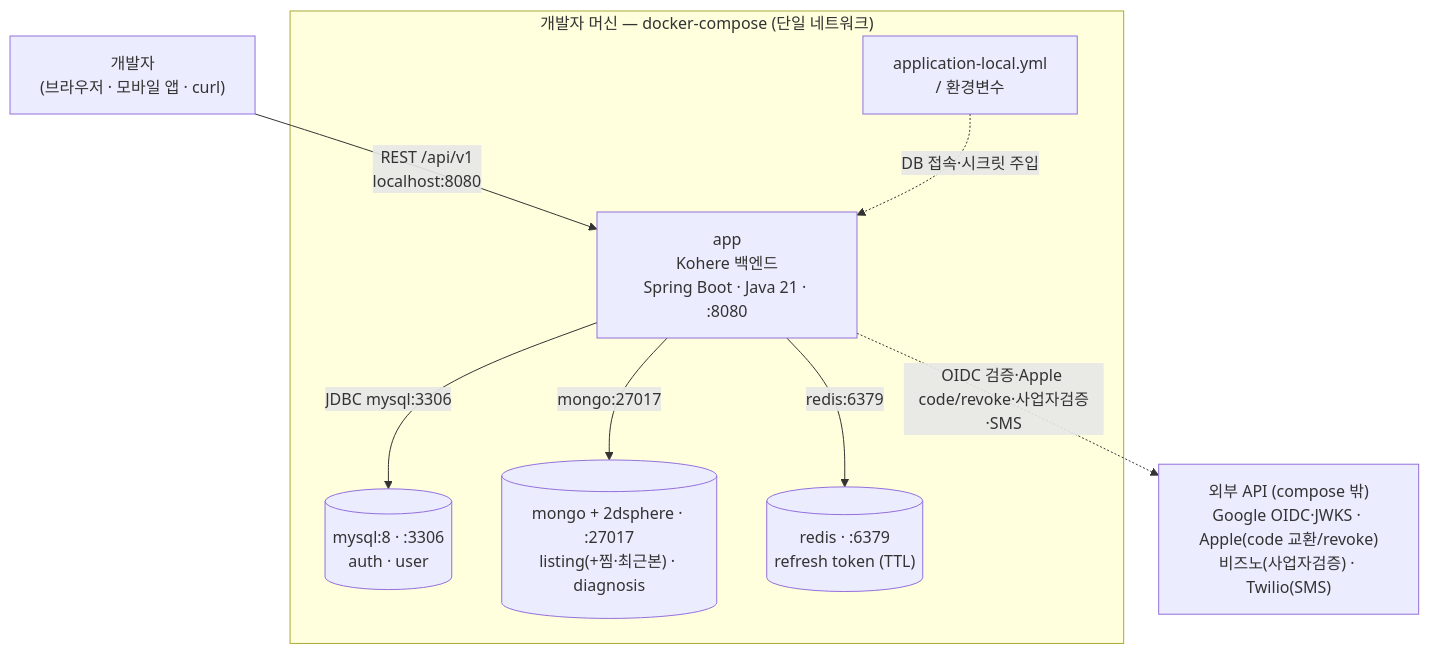
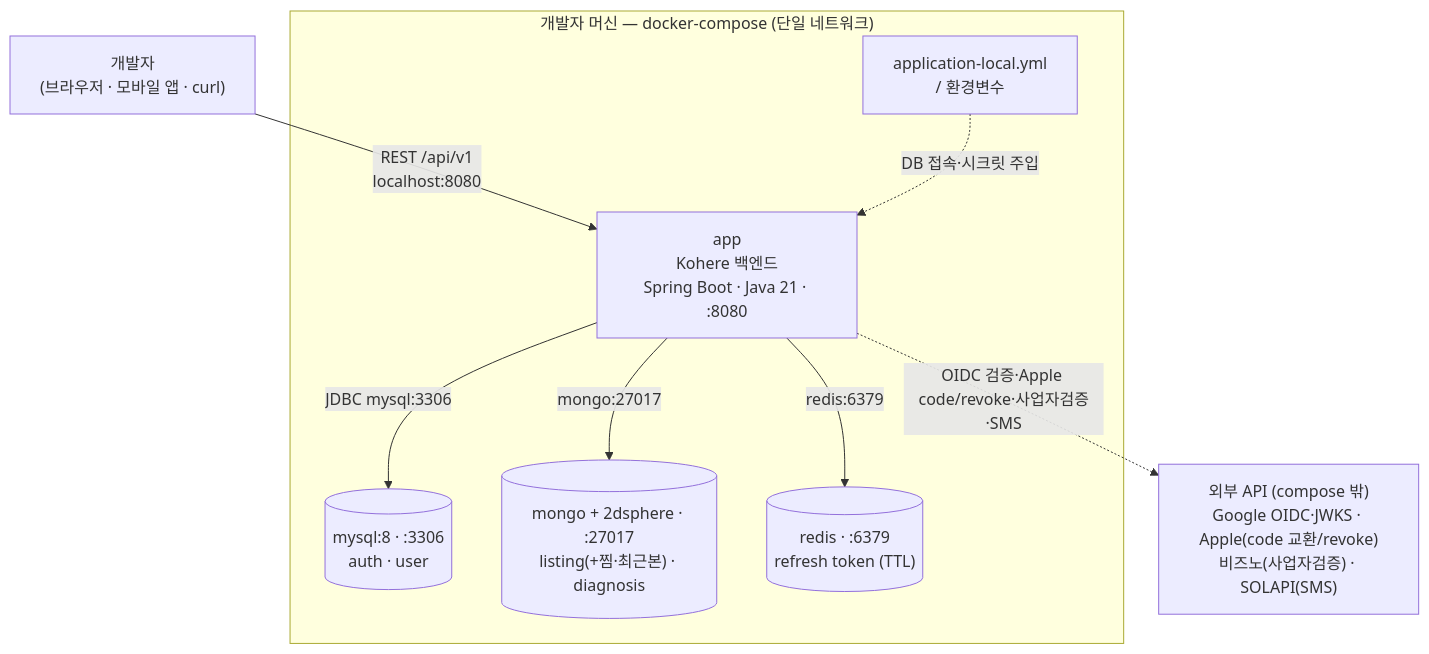
Before and after one commit to jameskim9509/Kohere-backend: the third of 5 diagrams in docs/architecture/system-overview.md, drawn with Mermaid. The commit also changed other lines of this file and 18 other files, not shown here.

First line of the commit message:
refactor(auth): 연락처 SMS provider를 SOLAPI(국내 SMS API)로 전환

````diff
--- a/docs/architecture/system-overview.md
+++ b/docs/architecture/system-overview.md
@@ -137,21 +137,21 @@
 ```mermaid
 flowchart TB
     DEV["개발자<br/>(브라우저 · 모바일 앱 · curl)"]
 
     subgraph Host["개발자 머신 — docker-compose (단일 네트워크)"]
       APP["app<br/>Kohere 백엔드<br/>Spring Boot · Java 21 · :8080"]
       CFG["application-local.yml<br/>/ 환경변수"]
       MYSQL[("mysql:8 · :3306<br/>auth · user")]
       MONGO[("mongo + 2dsphere · :27017<br/>listing(+찜·최근본) · diagnosis")]
       REDIS[("redis · :6379<br/>refresh token (TTL)")]
     end
 
-    EXT["외부 API (compose 밖)<br/>Google OIDC·JWKS · Apple(code 교환/revoke)<br/>비즈노(사업자검증) · Twilio(SMS)"]
+    EXT["외부 API (compose 밖)<br/>Google OIDC·JWKS · Apple(code 교환/revoke)<br/>비즈노(사업자검증) · SOLAPI(SMS)"]
 
     DEV -- "REST /api/v1<br/>localhost:8080" --> APP
     CFG -. "DB 접속·시크릿 주입" .-> APP
     APP -- "JDBC  mysql:3306" --> MYSQL
     APP -- "mongo:27017" --> MONGO
     APP -- "redis:6379" --> REDIS
     APP -. "OIDC 검증·Apple code/revoke·사업자검증·SMS" .-> EXT
 ```
````
